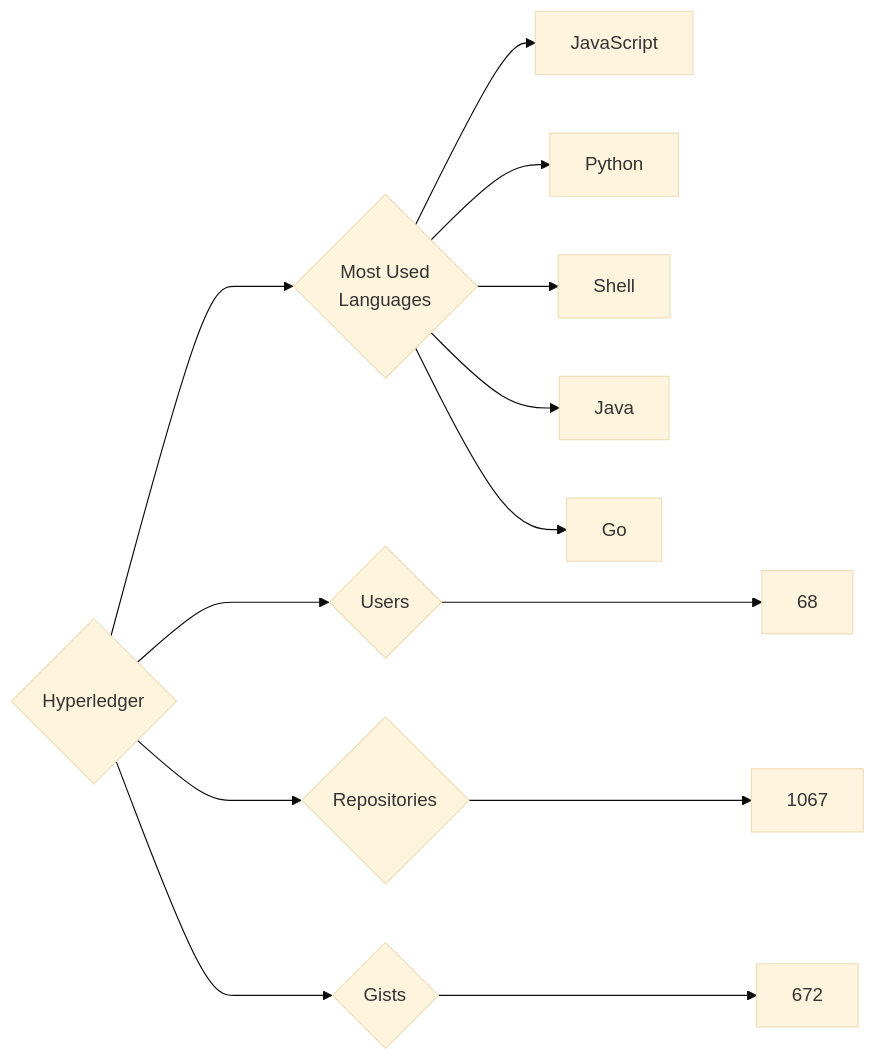
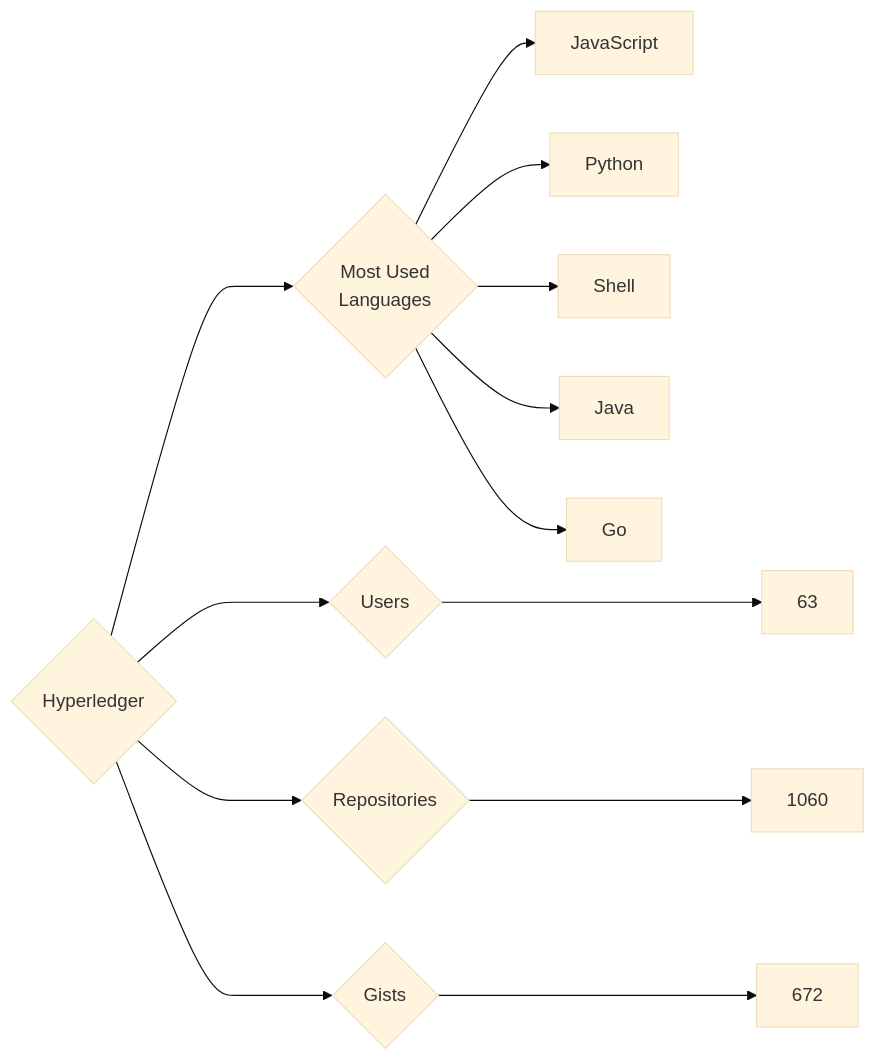
Before and after one commit to trickest/insiders: the diagram in targets/Hyperledger/README.md, drawn with Mermaid (base theme). The commit also changed 736 other files, not shown here.

````diff
--- a/targets/Hyperledger/README.md
+++ b/targets/Hyperledger/README.md
@@ -3,13 +3,13 @@
 ```mermaid
 graph LR
 COMPANY_NAME{Hyperledger}
-COMPANY_NAME ---> U{Users} ---> UN[68]
-COMPANY_NAME ---> R{Repositories} ---> RN[1067]
+COMPANY_NAME ---> U{Users} ---> UN[63]
+COMPANY_NAME ---> R{Repositories} ---> RN[1060]
 COMPANY_NAME ---> G{Gists} ---> GN[672]
 COMPANY_NAME ---> ML{Most Used<br>Languages}
 ML --> JavaScript[JavaScript]
 ML --> Python[Python]
 ML --> Shell[Shell]
 ML --> Java[Java]
 ML --> Go[Go]
 ```
````
